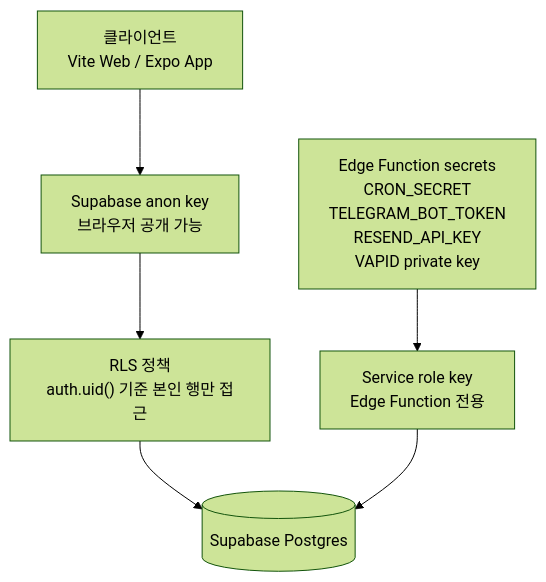
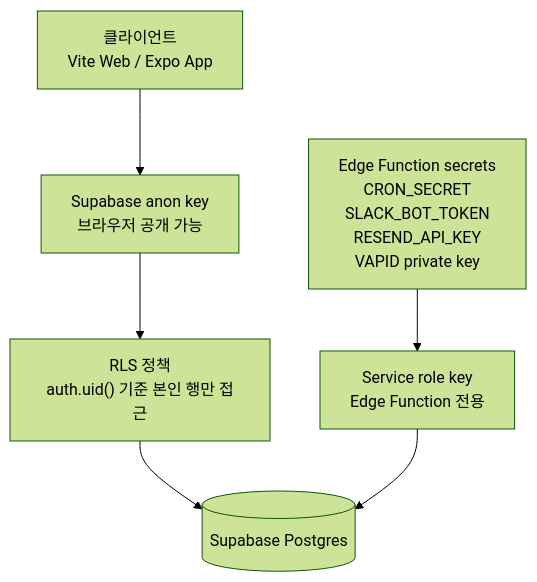
One commit to zxcc9867/studyRoom changed the third of 4 diagrams in docs/infrastructure-architecture.md. Above: the diagram before and after it, drawn with Mermaid (forest theme). The commit also changed other lines of this file, not shown here.

Commit message:
docs: align notification architecture with Slack

````diff
--- a/docs/infrastructure-architecture.md
+++ b/docs/infrastructure-architecture.md
@@ -70,15 +70,15 @@
 ```mermaid
 flowchart TB
   client["클라이언트<br/>Vite Web / Expo App"]
   anon["Supabase anon key<br/>브라우저 공개 가능"]
   rls["RLS 정책<br/>auth.uid() 기준 본인 행만 접근"]
   service["Service role key<br/>Edge Function 전용"]
-  secrets["Edge Function secrets<br/>CRON_SECRET<br/>TELEGRAM_BOT_TOKEN<br/>RESEND_API_KEY<br/>VAPID private key"]
+  secrets["Edge Function secrets<br/>CRON_SECRET<br/>SLACK_BOT_TOKEN<br/>RESEND_API_KEY<br/>VAPID private key"]
   db[("Supabase Postgres")]
 
   client --> anon
   anon --> rls
   rls --> db
   service --> db
   secrets --> service
 ```
````
